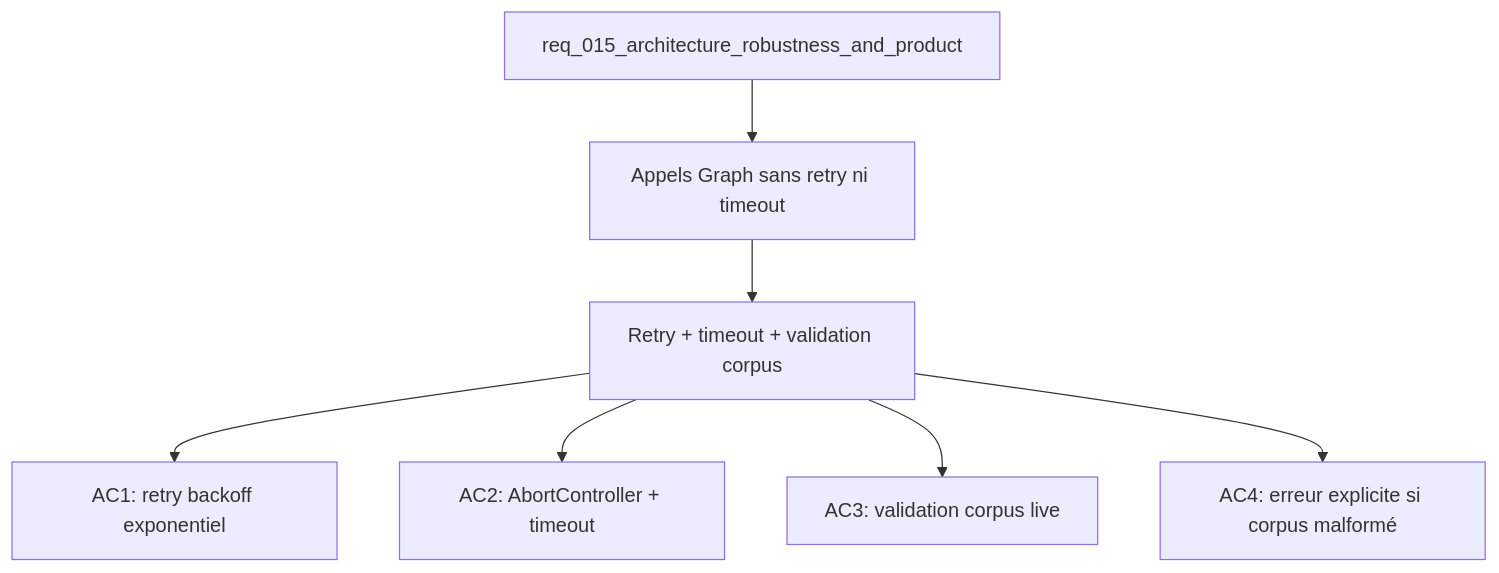
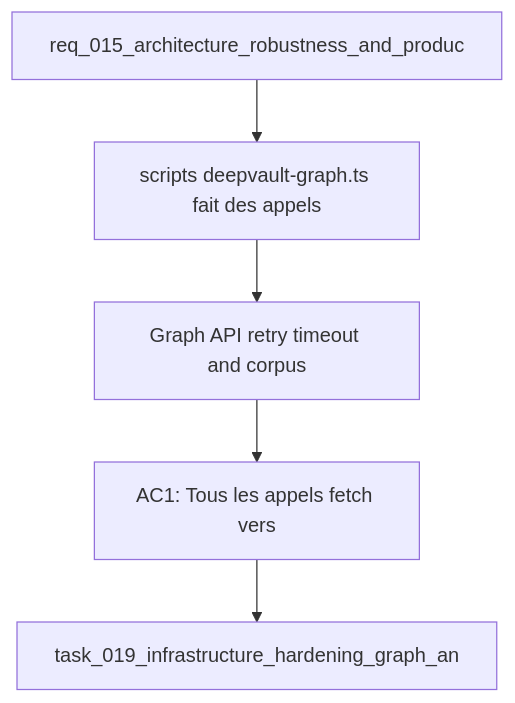
The diagram in logics/backlog/item_049_graph_api_retry_timeout_and_corpus_validation.md (AlexAgo83/deepvault), drawn with Mermaid before and after one commit. The commit also changed 57 other files, not shown here.

````diff
--- a/logics/backlog/item_049_graph_api_retry_timeout_and_corpus_validation.md
+++ b/logics/backlog/item_049_graph_api_retry_timeout_and_corpus_validation.md
@@ -21,11 +21,9 @@
 ```mermaid
 %% logics-kind: backlog
 %% logics-signature: backlog|graph-api-retry-timeout-and-corpus-valid|req-015-architecture-robustness-and-prod|scripts-deepvault-graph-ts-fait-des-appe|ac1-tous-les-appels-fetch-vers
 flowchart TD
-    Request[req_015_architecture_robustness_and_product] --> Problem[Appels Graph sans retry ni timeout]
-    Problem --> Scope[Retry + timeout + validation corpus]
-    Scope --> AC1[AC1: retry backoff exponentiel]
-    Scope --> AC2[AC2: AbortController + timeout]
-    Scope --> AC3[AC3: validation corpus live]
-    Scope --> AC4[AC4: erreur explicite si corpus malformé]
+    Request[req_015_architecture_robustness_and_produc] --> Problem[scripts deepvault-graph.ts fait des appels]
+    Problem --> Scope[Graph API retry timeout and corpus]
+    Scope --> Acceptance[AC1: Tous les appels fetch vers]
+    Acceptance --> Tasks[task_019_infrastructure_hardening_graph_an]
 ```
````
